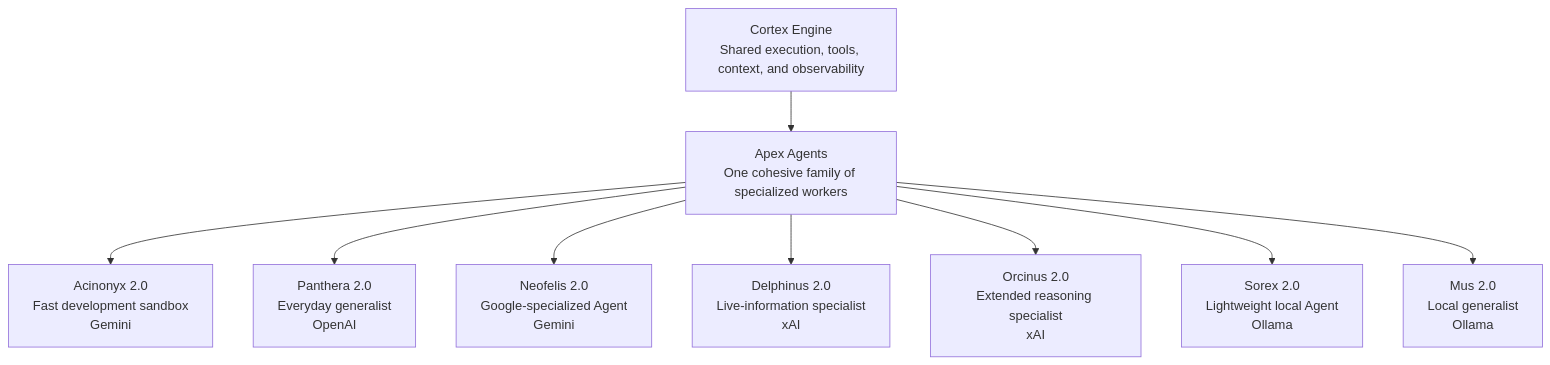
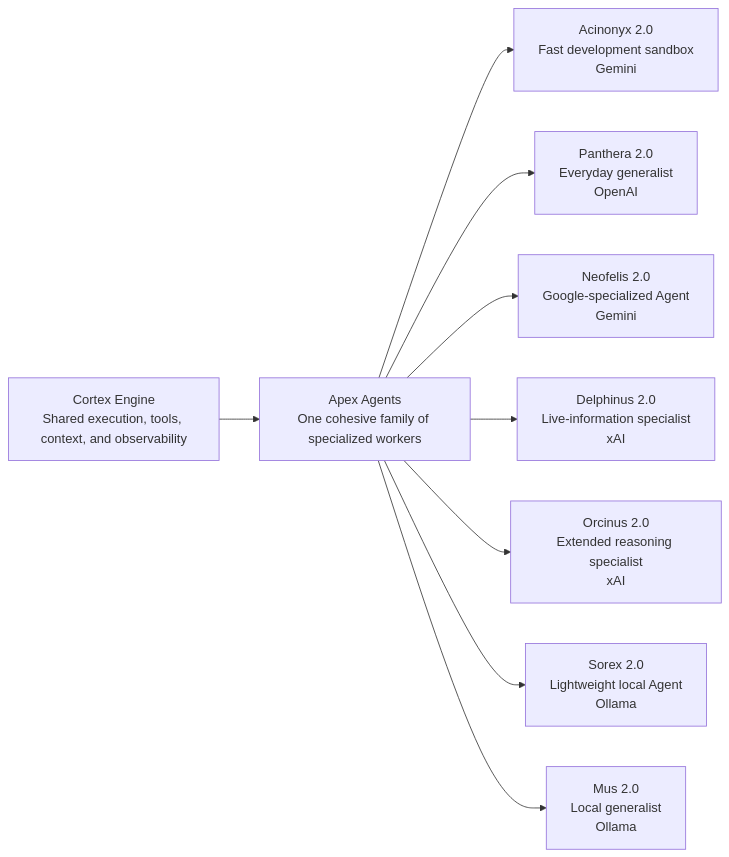
One commit to edumarcano/APEX changed the diagram in docs/identity-and-naming.md. Above: the diagram before and after it, drawn with Mermaid. The commit also changed other lines of this file and 5 other files, not shown here.

````diff
--- a/docs/identity-and-naming.md
+++ b/docs/identity-and-naming.md
@@ -121,15 +121,15 @@
 ```mermaid
-flowchart TB
+flowchart LR
     ENGINE["Cortex Engine<br>Shared execution, tools, context, and observability"]
     FAMILY["Apex Agents<br>One cohesive family of specialized workers"]
 
     ENGINE --> FAMILY
 
     FAMILY --> ACINONYX["Acinonyx 2.0<br>Fast development sandbox<br>Gemini"]
     FAMILY --> PANTHERA["Panthera 2.0<br>Everyday generalist<br>OpenAI"]
     FAMILY --> NEOFELIS["Neofelis 2.0<br>Google-specialized Agent<br>Gemini"]
     FAMILY --> DELPHINUS["Delphinus 2.0<br>Live-information specialist<br>xAI"]
     FAMILY --> ORCINUS["Orcinus 2.0<br>Extended reasoning specialist<br>xAI"]
     FAMILY --> SOREX["Sorex 2.0<br>Lightweight local Agent<br>Ollama"]
     FAMILY --> MUS["Mus 2.0<br>Local generalist<br>Ollama"]
 ```
````
